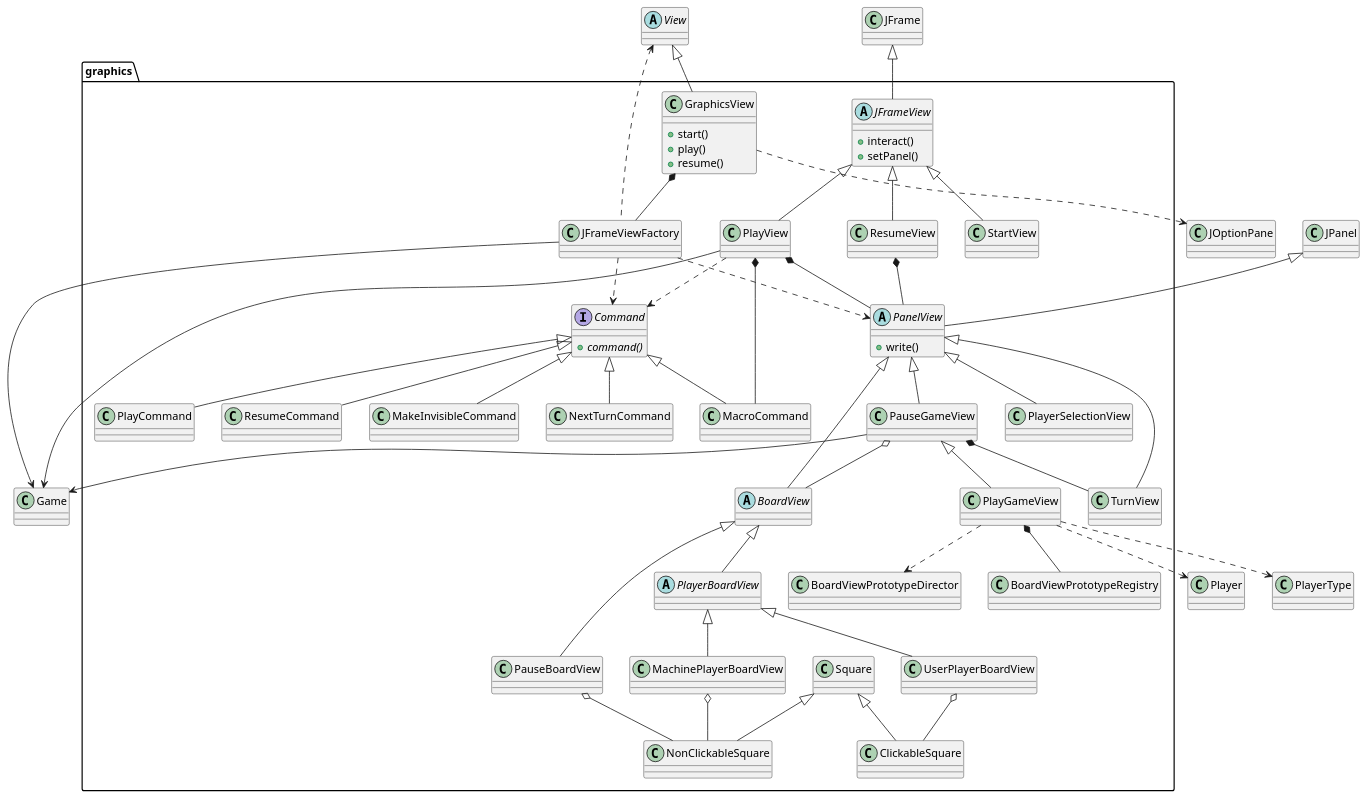
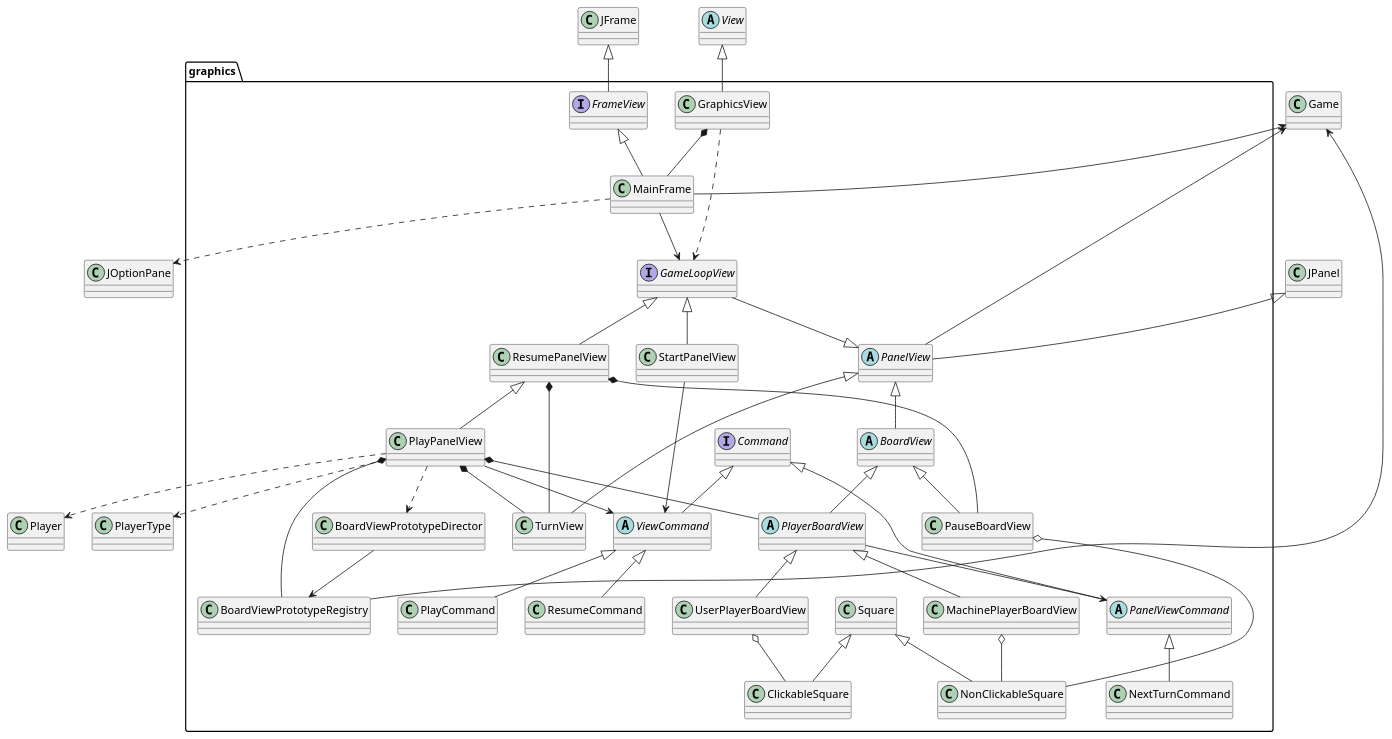
The diagram in connect4/Docs/diagrams/src/packages/connect4.connect4.views.graphics.plantuml (js-rom/connect4), drawn with PlantUML before and after one commit. The commit also changed 34 other files, not shown here.

```diff
--- a/connect4/Docs/diagrams/src/packages/connect4.connect4.views.graphics.plantuml
+++ b/connect4/Docs/diagrams/src/packages/connect4.connect4.views.graphics.plantuml
@@ -1,99 +1,88 @@
 @startuml connect4.connect4.views.graphics
+interface graphics.FrameView
+class graphics.MainFrame
+interface graphics.GameLoopView
 abstract class graphics.BoardView
 class graphics.BoardViewPrototypeDirector
 class graphics.BoardViewPrototypeRegistry
 interface graphics.Command
-abstract class graphics.JFrameView
-class graphics.JFrameViewFactory
+abstract class graphics.PanelViewCommand
+abstract class graphics.ViewCommand
 class graphics.GraphicsView
 class graphics.MachinePlayerBoardView
-class graphics.MacroCommand
-class graphics.MakeInvisibleCommand
 class graphics.NextTurnCommand
 class graphics.PlayCommand
-class graphics.PlayerSelectionView
-class graphics.PlayView
-class graphics.ResumeView
+class graphics.PlayPanelView
+class graphics.ResumePanelView
 class graphics.ResumeCommand
 class graphics.Square
 class graphics.ClickableSquare
 class graphics.NonClickableSquare
-class graphics.StartView
+class graphics.StartPanelView
 class graphics.TurnView
 class graphics.UserPlayerBoardView
 class graphics.PauseBoardView
 abstract class graphics.PanelView
-class graphics.PauseGameView
-class graphics.PlayGameView
 abstract class graphics.PlayerBoardView
 
+class JFrame
+JFrame <|-- FrameView
+FrameView <|-- MainFrame
+GraphicsView *-- MainFrame
+class Game
 
-GraphicsView *-- JFrameViewFactory
 abstract class View
 View <|-- GraphicsView
-class Game
+
 class JOptionPane
-GraphicsView ..> JOptionPane
+MainFrame ..> JOptionPane
 
-JFrameView <|-- StartView
-JFrameView <|-- PlayView
-JFrameView <|-- ResumeView
-class JFrame
-JFrame <|-- JFrameView
-PlayView --> Game
-PlayView *-- PanelView
-PlayView ..> Command
-PlayView *-- MacroCommand
-PlayGameView ..> Player
-PlayGameView ..> PlayerType
+JPanel <|-- PanelView
+GameLoopView --|> PanelView
+GameLoopView <|-- StartPanelView
+ResumePanelView <|-- PlayPanelView
+GameLoopView <|-- ResumePanelView
+PanelView <|-- BoardView
+PanelView <|-- TurnView
 
-ResumeView *-- PanelView
+Game <-- MainFrame
+Game <-- PanelView
+Game <-- BoardViewPrototypeRegistry
 
-JFrameViewFactory --> Game
-View <..JFrameViewFactory
-JFrameViewFactory ..> Command
-JFrameViewFactory ..> PanelView
+GraphicsView ..> GameLoopView
+MainFrame --> GameLoopView
 
-Command <|-- MacroCommand
-Command <|-- MakeInvisibleCommand
-Command <|-- NextTurnCommand
-Command <|-- PlayCommand
-Command <|-- ResumeCommand
+PlayPanelView *-- PlayerBoardView
+PlayPanelView *-- TurnView
+PlayPanelView *-- BoardViewPrototypeRegistry
+PlayPanelView ..> BoardViewPrototypeDirector
+BoardViewPrototypeDirector --> BoardViewPrototypeRegistry
+class Player
+class PlayerType
+PlayPanelView ..> Player
+PlayPanelView ..> PlayerType
+ResumePanelView *-- PauseBoardView
+ResumePanelView *-- TurnView
+
+StartPanelView --> ViewCommand
+PlayPanelView --> ViewCommand
+
+Command <|-- PanelViewCommand
+PanelViewCommand <|-- NextTurnCommand
+Command <|-- ViewCommand
+ViewCommand <|-- PlayCommand
+ViewCommand <|-- ResumeCommand
 
 BoardView <|-- PlayerBoardView
 PlayerBoardView <|-- MachinePlayerBoardView
 PlayerBoardView <|-- UserPlayerBoardView
 BoardView <|-- PauseBoardView
-
-JPanel <|-- PanelView
-PanelView <|-- BoardView
-PanelView <|-- PlayerSelectionView
-PanelView <|-- TurnView
-PanelView <|-- PauseGameView
-
-PauseGameView --> Game
-PauseGameView o-- BoardView
-PauseGameView *-- TurnView
-PauseGameView <|-- PlayGameView
-PlayGameView *-- BoardViewPrototypeRegistry
-PlayGameView ..> BoardViewPrototypeDirector
-
 MachinePlayerBoardView o-- NonClickableSquare
 UserPlayerBoardView o-- ClickableSquare
 PauseBoardView o-- NonClickableSquare
-
 Square <|-- ClickableSquare
 Square <|-- NonClickableSquare
 
-GraphicsView : +start()
-GraphicsView : +play()
-GraphicsView : +resume()
-
-JFrameView : +interact()
-JFrameView : +setPanel()
-
-PanelView : +write()
-
-Command : {abstract} +command()
+PlayerBoardView --> PanelViewCommand
 
 @enduml
```
